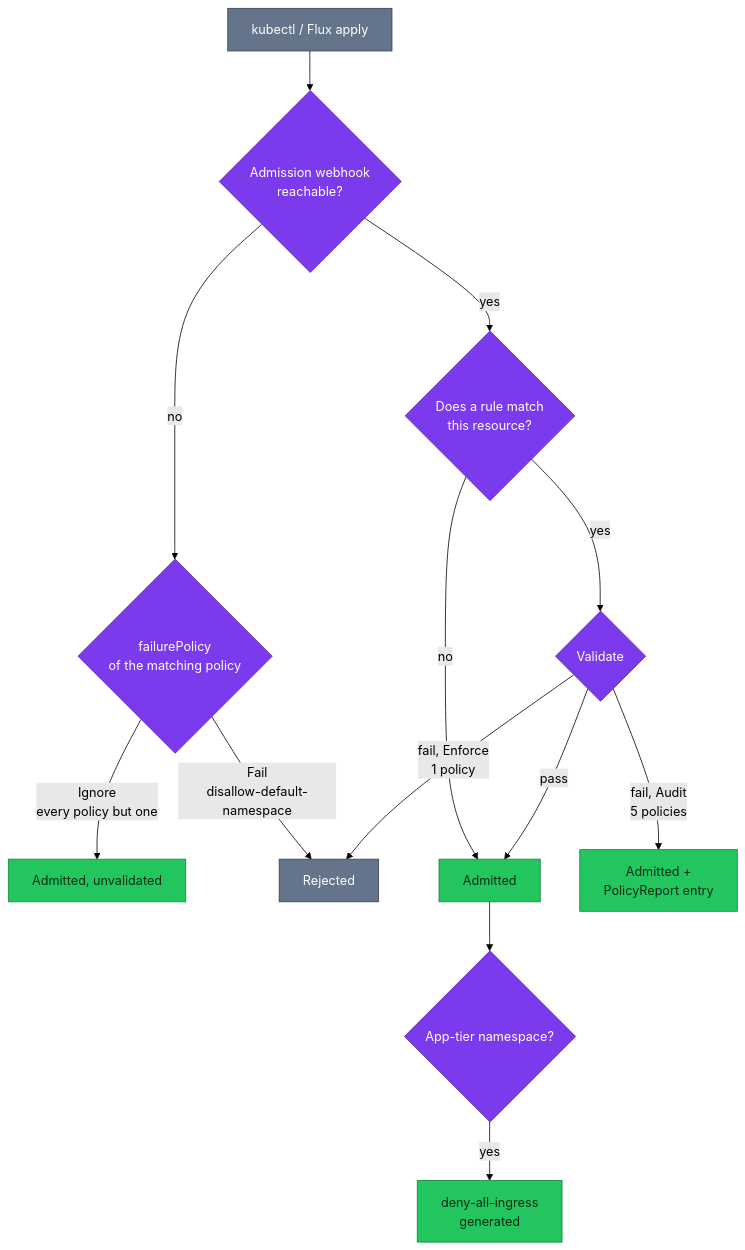
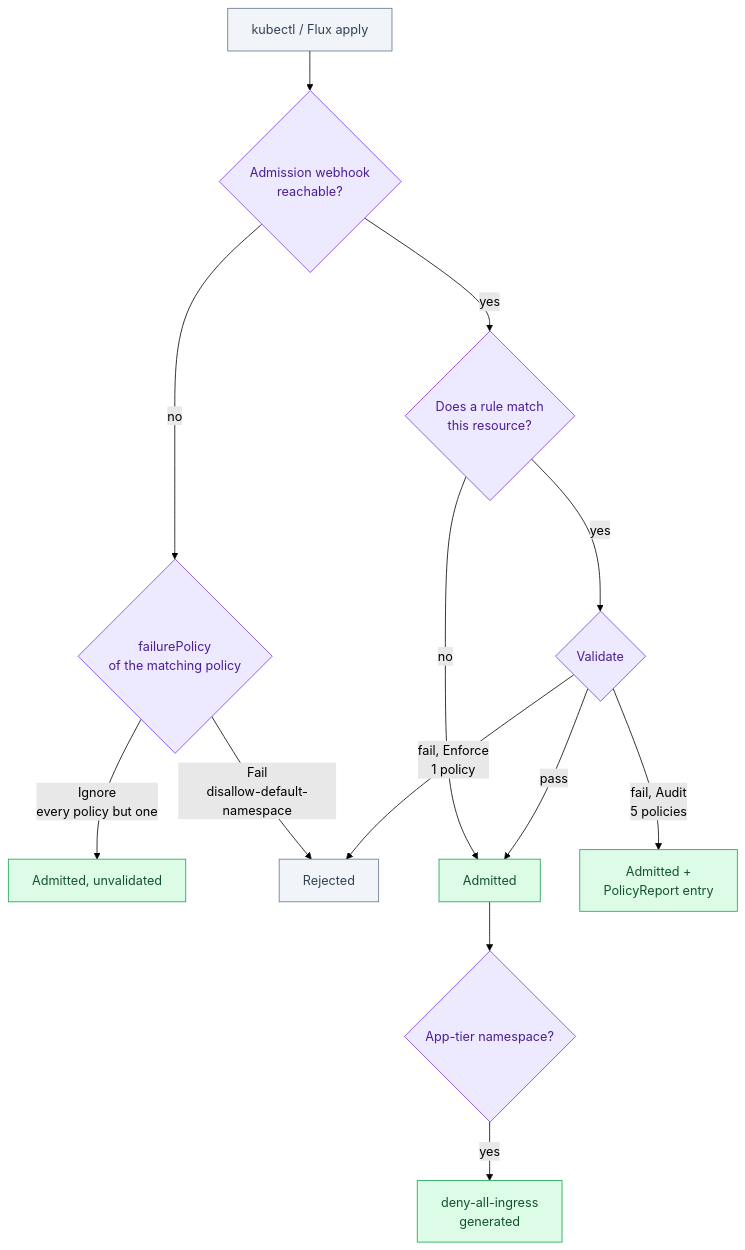
The second of 2 diagrams in docs/platform/kyverno.md (duynhlab/homelab), drawn with Mermaid (forest theme) before and after one commit. The commit also changed other lines of this file and 174 other files, not shown here.

First line of the commit message:
Soft-tint diagram palette, a signal-flow diagram, a Linux-ready Draw.io skill

````diff
--- a/docs/platform/kyverno.md
+++ b/docs/platform/kyverno.md
@@ -144,23 +144,23 @@
 ```mermaid
 flowchart TD
   apply["kubectl / Flux apply"] --> reachable{"Admission webhook<br/>reachable?"}
   reachable -->|"no"| fp{"failurePolicy<br/>of the matching policy"}
   fp -->|"Ignore<br/>every policy but one"| open["Admitted, unvalidated"]
   fp -->|"Fail<br/>disallow-default-namespace"| reject["Rejected"]
   reachable -->|"yes"| match{"Does a rule match<br/>this resource?"}
   match -->|"no"| admit["Admitted"]
   match -->|"yes"| verdict{"Validate"}
   verdict -->|"pass"| admit
   verdict -->|"fail, Audit<br/>5 policies"| audited["Admitted +<br/>PolicyReport entry"]
   verdict -->|"fail, Enforce<br/>1 policy"| reject
   admit --> gen{"App-tier namespace?"}
   gen -->|"yes"| np["deny-all-ingress<br/>generated"]
 
-  classDef platform fill:#7c3aed,color:#fff,stroke:#5b21b6;
-  classDef data fill:#22c55e,color:#052e16,stroke:#15803d;
-  classDef external fill:#64748b,color:#fff,stroke:#334155;
+  classDef platform fill:#ede9fe,color:#4c1d95,stroke:#7c3aed;
+  classDef data fill:#dcfce7,color:#14532d,stroke:#16a34a;
+  classDef external fill:#f1f5f9,color:#334155,stroke:#64748b;
   class apply external
   class reachable,fp,match,verdict,gen platform
   class admit,open,audited,np data
   class reject external
 ```
````
